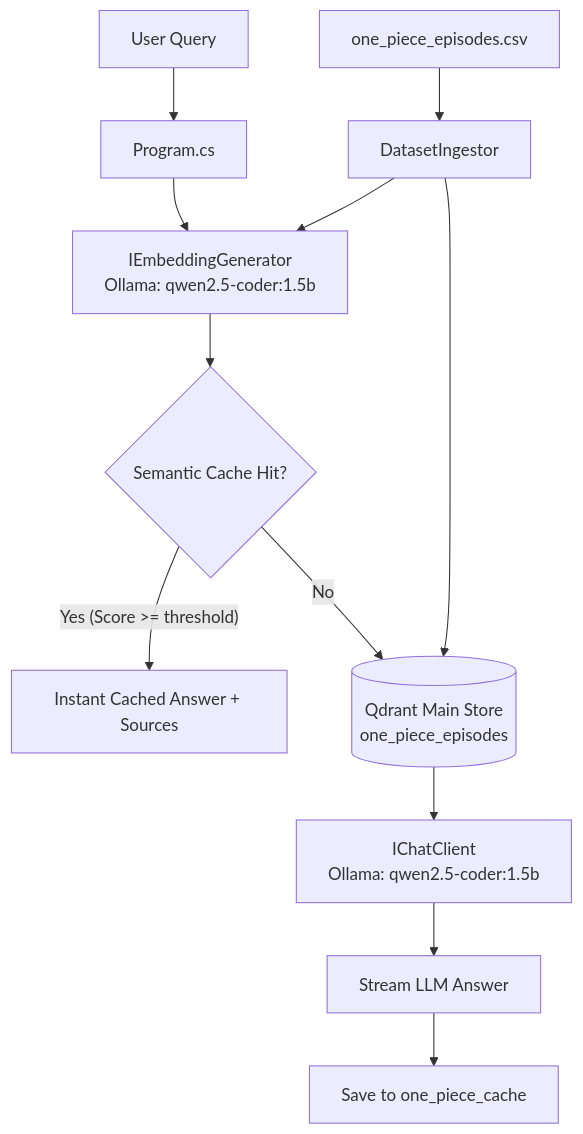
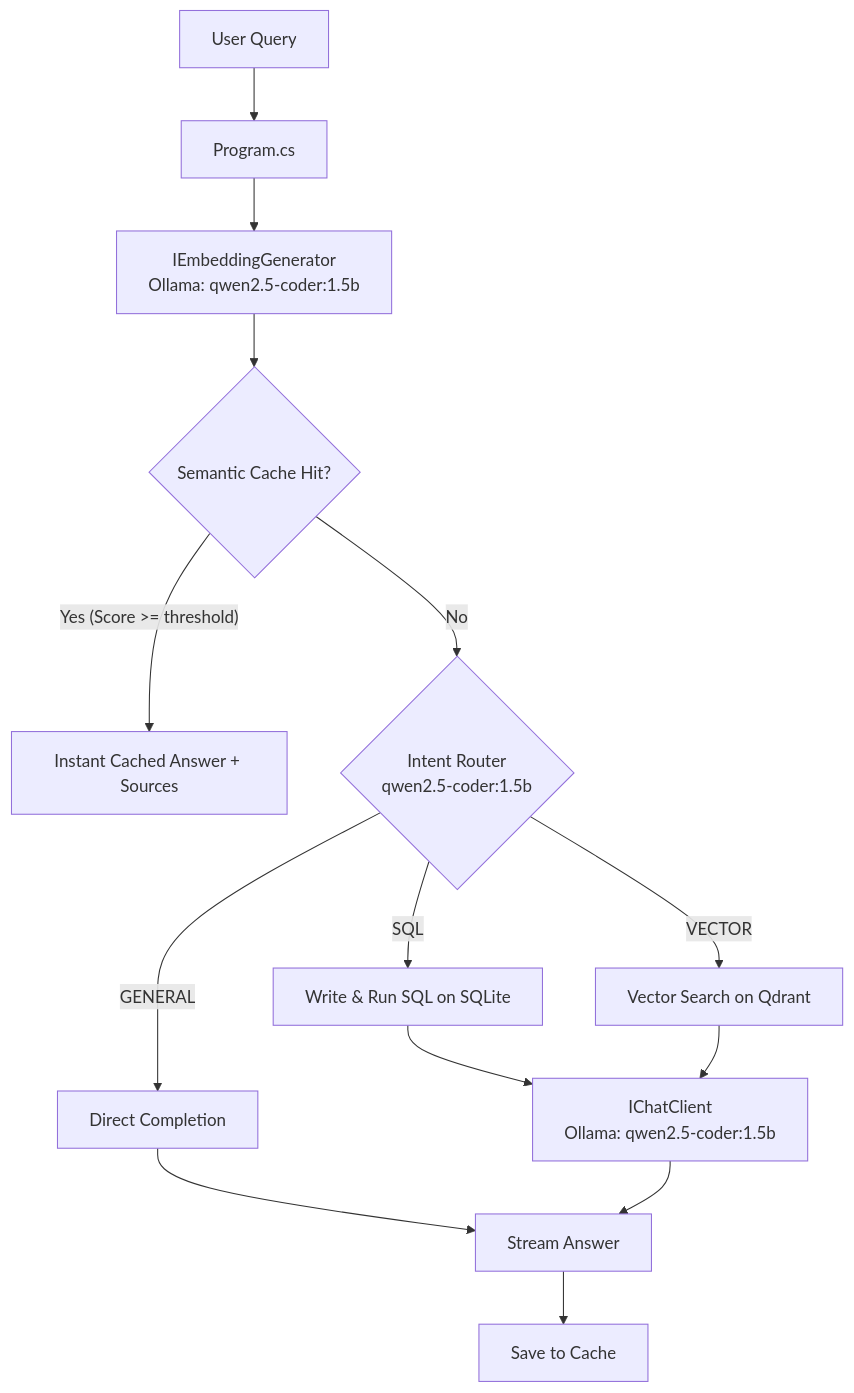
One commit to rahu619/one-piece-rag-lab changed the diagram in README.md. Above: the diagram before and after it, drawn with Mermaid. The commit also changed other lines of this file and 6 other files, not shown here.

````diff
--- a/README.md
+++ b/README.md
@@ -9,15 +9,16 @@
 ```mermaid
 flowchart TD
     U[User Query] --> P[Program.cs]
     P --> EMB[IEmbeddingGenerator<br/>Ollama: qwen2.5-coder:1.5b]
     EMB --> CACHE{Semantic Cache Hit?}
     CACHE -- "Yes (Score >= threshold)" --> RETURN[Instant Cached Answer + Sources]
-    CACHE -- No --> DB[(Qdrant Main Store<br/>one_piece_episodes)]
-    DB --> LLM[IChatClient<br/>Ollama: qwen2.5-coder:1.5b]
-    LLM --> PRINT[Stream LLM Answer]
-    PRINT --> SAVE[Save to one_piece_cache]
-    
-    CSV[one_piece_episodes.csv] --> INGEST[DatasetIngestor]
-    INGEST --> EMB
-    INGEST --> DB
+    CACHE -- No --> ROUTER{Intent Router<br/>qwen2.5-coder:1.5b}
+    ROUTER -- "GENERAL" --> Direct[Direct Completion]
+    ROUTER -- "SQL" --> SQLGen[Write & Run SQL on SQLite]
+    ROUTER -- "VECTOR" --> VecGen[Vector Search on Qdrant]
+    SQLGen --> LLM[IChatClient<br/>Ollama: qwen2.5-coder:1.5b]
+    VecGen --> LLM
+    Direct --> PRINT[Stream Answer]
+    LLM --> PRINT
+    PRINT --> SAVE[Save to Cache]
 ```
````
